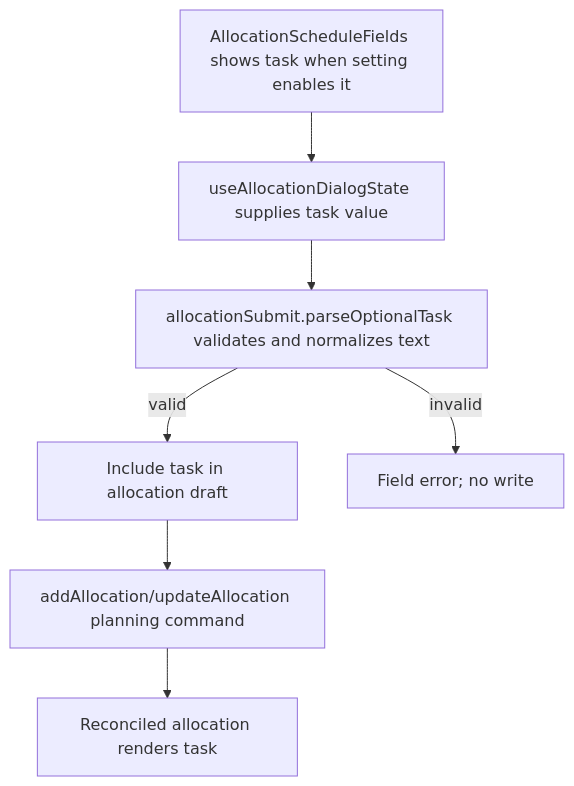
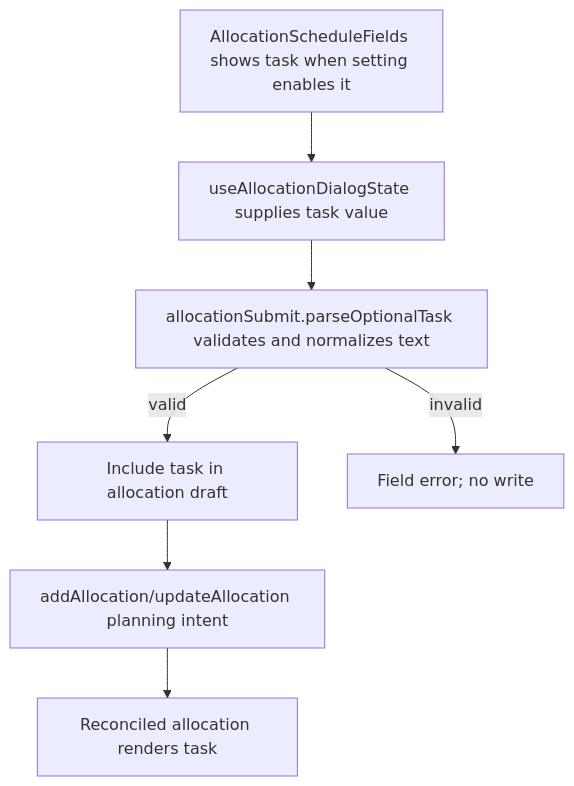
Before and after one commit to Kevinjohn/capacitylens: the second of 2 diagrams in user-stories/allocation/US-ALL-10-task-field.md, drawn with Mermaid. The commit also changed 285 other files, not shown here.

````diff
--- a/user-stories/allocation/US-ALL-10-task-field.md
+++ b/user-stories/allocation/US-ALL-10-task-field.md
@@ -36,9 +36,9 @@
 ```mermaid
 flowchart TD
   A["AllocationScheduleFields shows task when setting enables it"] --> B["useAllocationDialogState supplies task value"]
   B --> C["allocationSubmit.parseOptionalTask validates and normalizes text"]
   C -->|valid| D["Include task in allocation draft"]
   C -->|invalid| E["Field error; no write"]
-  D --> F["addAllocation/updateAllocation planning command"]
+  D --> F["addAllocation/updateAllocation planning intent"]
   F --> G["Reconciled allocation renders task"]
 ```
````
